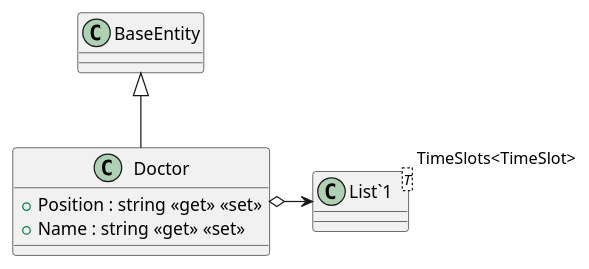
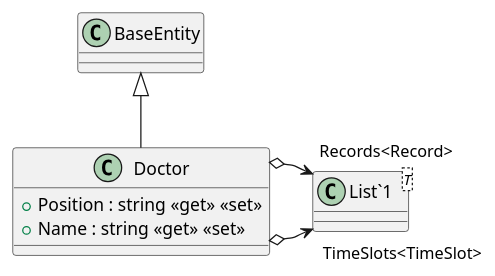
One commit to DenysMalanichev/HospitalRegistrar changed the diagram in UML/HospitalRegistrar.Domain/Entities/Doctor.puml. Above: the diagram before and after it, drawn with PlantUML. The commit also changed 49 other files, not shown here.

```diff
--- a/UML/HospitalRegistrar.Domain/Entities/Doctor.puml
+++ b/UML/HospitalRegistrar.Domain/Entities/Doctor.puml
@@ -1,10 +1,11 @@
 @startuml
 class Doctor {
     + Position : string <<get>> <<set>>
     + Name : string <<get>> <<set>>
 }
 class "List`1"<T> {
 }
 BaseEntity <|-- Doctor
 Doctor o-> "TimeSlots<TimeSlot>" "List`1"
+Doctor o-> "Records<Record>" "List`1"
 @enduml
```
